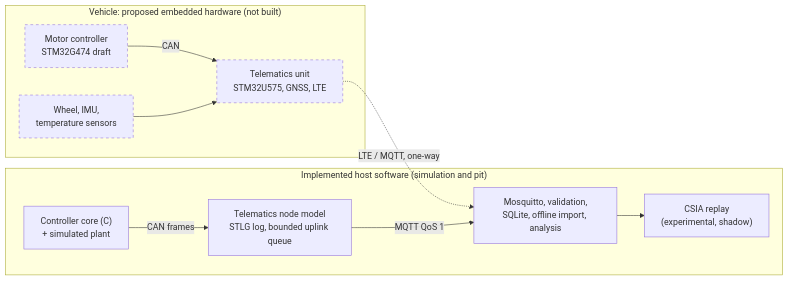
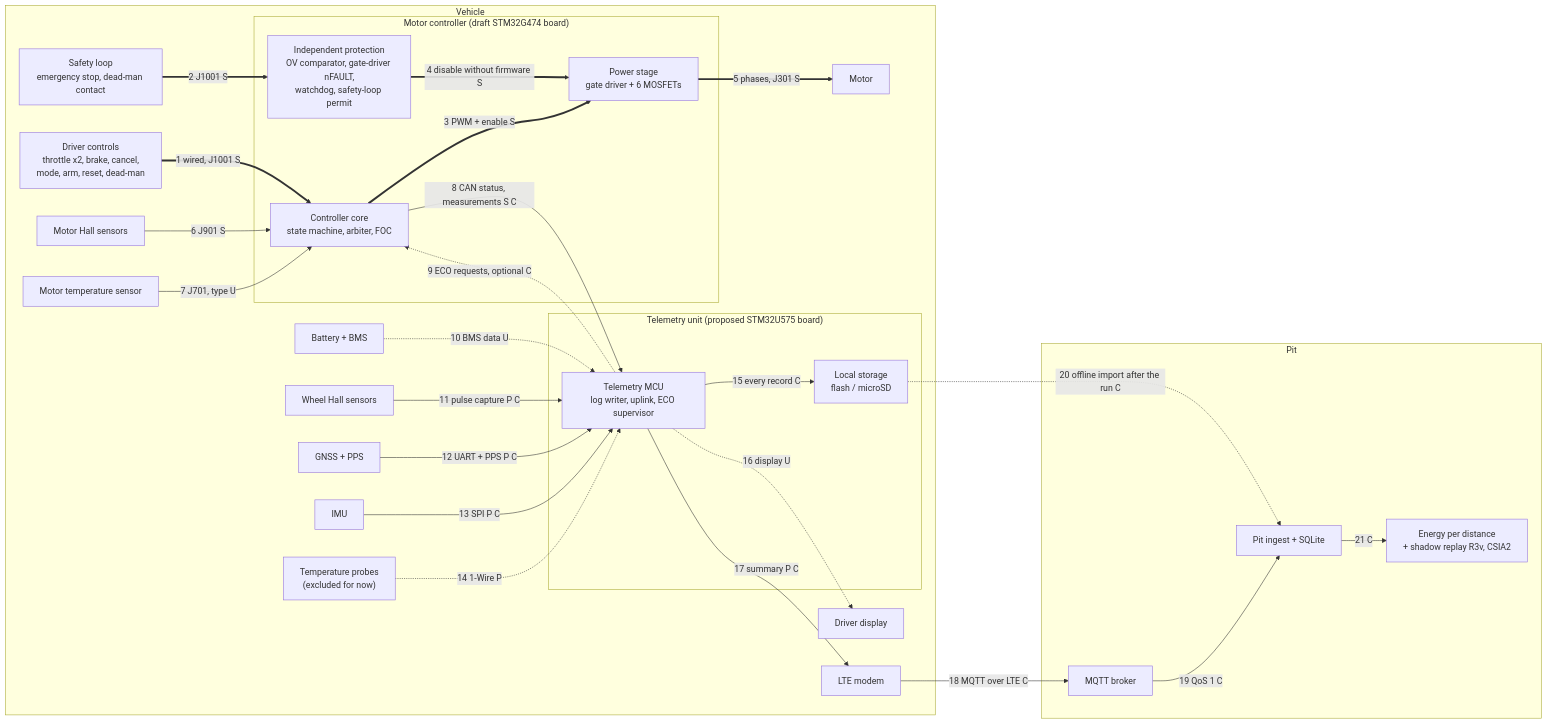
One commit to SWORT-Aerospace/sem-motor-controller changed the first of 3 diagrams in README.md. Above: the diagram before and after it, drawn with Mermaid. The commit also changed other lines of this file and 57 other files, not shown here.

````diff
--- a/README.md
+++ b/README.md
@@ -13,22 +42,52 @@
 ```mermaid
 flowchart LR
-  subgraph HW["Vehicle: proposed embedded hardware (not built)"]
-    MC["Motor controller<br/>STM32G474 draft"]
-    TU["Telematics unit<br/>STM32U575, GNSS, LTE"]
-    SN["Wheel, IMU,<br/>temperature sensors"]
+  subgraph VEH["Vehicle"]
+    LOOP["Safety loop<br/>emergency stop, dead-man contact"]
+    DRV["Driver controls<br/>throttle x2, brake, cancel,<br/>mode, arm, reset, dead-man"]
+    subgraph MCB["Motor controller (draft STM32G474 board)"]
+      PROT["Independent protection<br/>OV comparator, gate-driver nFAULT,<br/>watchdog, safety-loop permit"]
+      MC["Controller core<br/>state machine, arbiter, FOC"]
+      PS["Power stage<br/>gate driver + 6 MOSFETs"]
+    end
+    MOT["Motor"]
+    HALL["Motor Hall sensors"]
+    MTEMP["Motor temperature sensor"]
+    BMS["Battery + BMS"]
+    subgraph TUB["Telemetry unit (proposed STM32U575 board)"]
+      TU["Telemetry MCU<br/>log writer, uplink, ECO supervisor"]
+      LOG["Local storage<br/>flash / microSD"]
+    end
+    WS["Wheel Hall sensors"]
+    GNSS["GNSS + PPS"]
+    IMU["IMU"]
+    TS["Temperature probes<br/>(excluded for now)"]
+    DISP["Driver display"]
+    LTE["LTE modem"]
   end
-  subgraph SW["Implemented host software (simulation and pit)"]
-    CORE["Controller core (C)<br/>+ simulated plant"]
-    NODE["Telematics node model<br/>STLG log, bounded uplink queue"]
-    PIT["Mosquitto, validation,<br/>SQLite, offline import, analysis"]
-    CS["CSIA replay<br/>(experimental, shadow)"]
+  subgraph PITS["Pit"]
+    BRK["MQTT broker"]
+    PIT["Pit ingest + SQLite"]
+    AN["Energy per distance<br/>+ shadow replay R3v, CSIA2"]
   end
-  MC -- CAN --> TU
-  SN --> TU
-  TU -. "LTE / MQTT, one-way" .-> PIT
-  CORE -- "CAN frames" --> NODE
-  NODE -- "MQTT QoS 1" --> PIT
-  PIT --> CS
-  classDef proposed stroke-dasharray: 5 5
-  class MC,TU,SN proposed
+  LOOP ==>|"2 J1001 S"| PROT
+  DRV ==>|"1 wired, J1001 S"| MC
+  MC ==>|"3 PWM + enable S"| PS
+  PROT ==>|"4 disable without firmware S"| PS
+  PS ==>|"5 phases, J301 S"| MOT
+  HALL -->|"6 J901 S"| MC
+  MTEMP -->|"7 J701, type U"| MC
+  MC -->|"8 CAN status, measurements S C"| TU
+  TU -.->|"9 ECO requests, optional C"| MC
+  BMS -.->|"10 BMS data U"| TU
+  WS -->|"11 pulse capture P C"| TU
+  GNSS -->|"12 UART + PPS P C"| TU
+  IMU -->|"13 SPI P C"| TU
+  TS -.->|"14 1-Wire P"| TU
+  TU -->|"15 every record C"| LOG
+  TU -.->|"16 display U"| DISP
+  TU -->|"17 summary P C"| LTE
+  LTE -->|"18 MQTT over LTE C"| BRK
+  BRK -->|"19 QoS 1 C"| PIT
+  LOG -.->|"20 offline import after the run C"| PIT
+  PIT -->|"21 C"| AN
 ```
````
